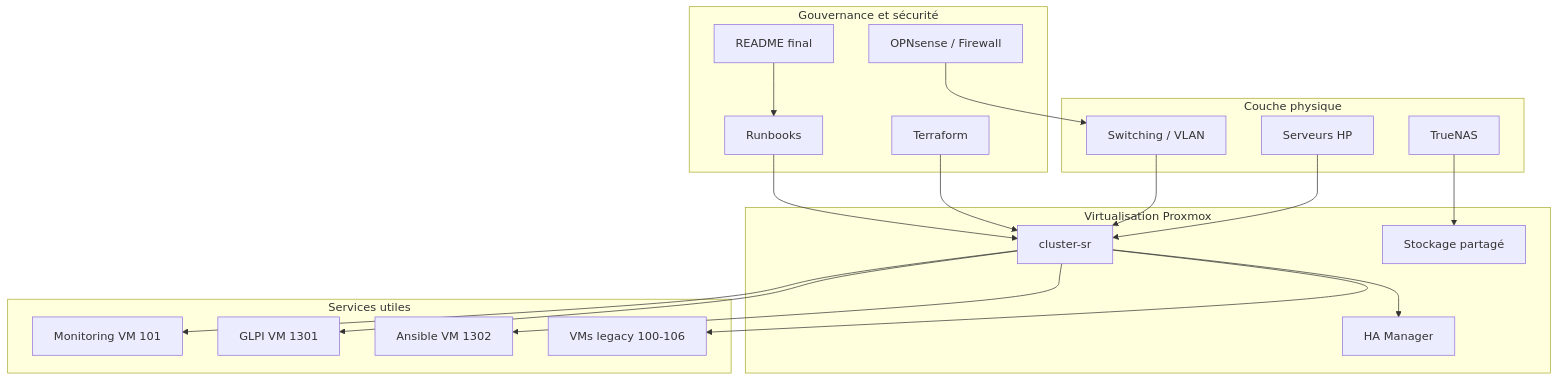
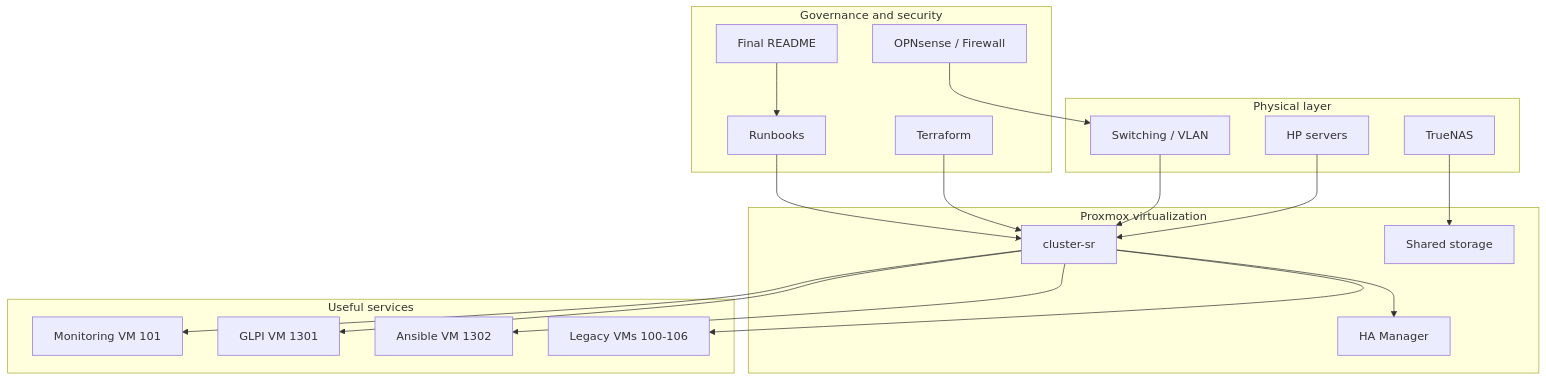
Before and after one commit to xbkh/showroom-hp-infrastructure: the second of 7 diagrams in README.md, drawn with Mermaid. The commit also changed other lines of this file, not shown here.

````diff
--- a/README.md
+++ b/README.md
@@ -67,41 +71,41 @@
 ```mermaid
 flowchart TB
-    subgraph Couche_Physique[Couche physique]
-        HP[Serveurs HP]
+    subgraph Couche_Physique[Physical layer]
+        HP[HP servers]
         TNAS[TrueNAS]
         NET[Switching / VLAN]
     end
 
-    subgraph Virtualisation[Virtualisation Proxmox]
+    subgraph Virtualisation[Proxmox virtualization]
         CL[cluster-sr]
         HA[HA Manager]
-        LVM[Stockage partagé]
+        LVM[Shared storage]
     end
 
-    subgraph Services[Services utiles]
+    subgraph Services[Useful services]
         MON2[Monitoring VM 101]
         GLPI2[GLPI VM 1301]
         ANS2[Ansible VM 1302]
-        LEG[VMs legacy 100-106]
+        LEG[Legacy VMs 100-106]
     end
 
-    subgraph Gouvernance[Gouvernance et sécurité]
+    subgraph Gouvernance[Governance and security]
         TF[Terraform]
         RUN[Runbooks]
         FW[OPNsense / Firewall]
-        DOC[README final]
+        DOC[Final README]
     end
 
     HP --> CL
     TNAS --> LVM
     NET --> CL
     CL --> HA
     CL --> MON2
     CL --> GLPI2
     CL --> ANS2
     CL --> LEG
     TF --> CL
     RUN --> CL
     FW --> NET
     DOC --> RUN
 ```
````
